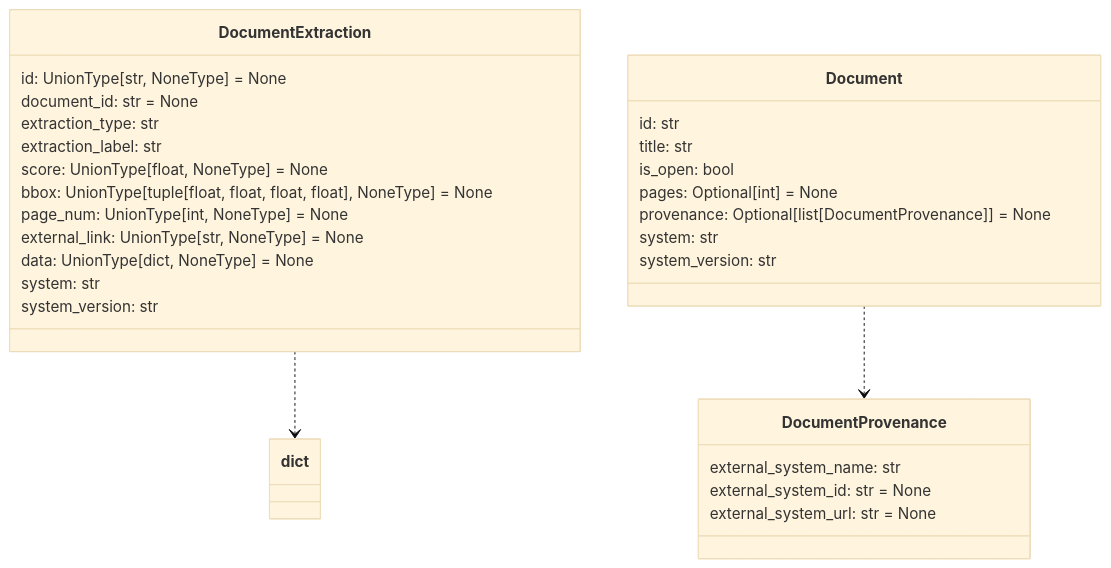
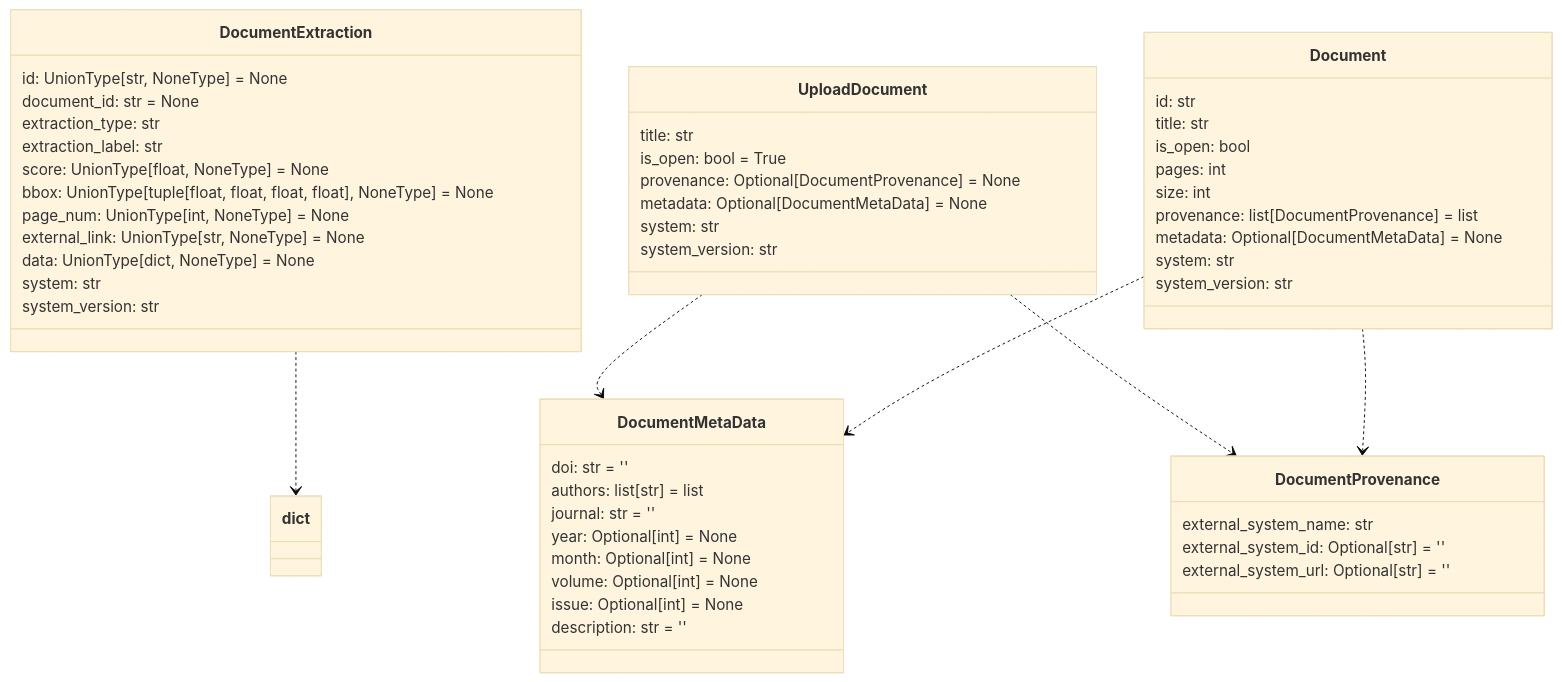
The ninth of 12 diagrams in README.md (DARPA-CRITICALMAAS/cdr_schemas), drawn with Mermaid (base theme) before and after one commit. The commit also changed other lines of this file and 1 other file, not shown here.

Commit message:
doc metadata + upload schema

````diff
--- a/README.md
+++ b/README.md
@@ -609,38 +609,63 @@
 ```mermaid
 classDiagram
 
     class DocumentExtraction {
         id: UnionType[str, NoneType] = None
         document_id: str = None
         extraction_type: str
         extraction_label: str
         score: UnionType[float, NoneType] = None
         bbox: UnionType[tuple[float, float, float, float], NoneType] = None
         page_num: UnionType[int, NoneType] = None
         external_link: UnionType[str, NoneType] = None
         data: UnionType[dict, NoneType] = None
         system: str
         system_version: str
     }
 
+    class UploadDocument {
+        title: str
+        is_open: bool = True
+        provenance: Optional[DocumentProvenance] = None
+        metadata: Optional[DocumentMetaData] = None
+        system: str
+        system_version: str
+    }
+
+    class DocumentMetaData {
+        doi: str = ''
+        authors: list[str] = list
+        journal: str = ''
+        year: Optional[int] = None
+        month: Optional[int] = None
+        volume: Optional[int] = None
+        issue: Optional[int] = None
+        description: str = ''
+    }
+
+    class DocumentProvenance {
+        external_system_name: str
+        external_system_id: Optional[str] = ''
+        external_system_url: Optional[str] = ''
+    }
+
     class Document {
         id: str
         title: str
         is_open: bool
-        pages: Optional[int] = None
-        provenance: Optional[list[DocumentProvenance]] = None
+        pages: int
+        size: int
+        provenance: list[DocumentProvenance] = list
+        metadata: Optional[DocumentMetaData] = None
         system: str
         system_version: str
     }
 
-    class DocumentProvenance {
-        external_system_name: str
-        external_system_id: str = None
-        external_system_url: str = None
-    }
-
+    UploadDocument ..> DocumentMetaData
+    UploadDocument ..> DocumentProvenance
+    Document ..> DocumentMetaData
     Document ..> DocumentProvenance
     DocumentExtraction ..> dict
 
 
 ```
````
